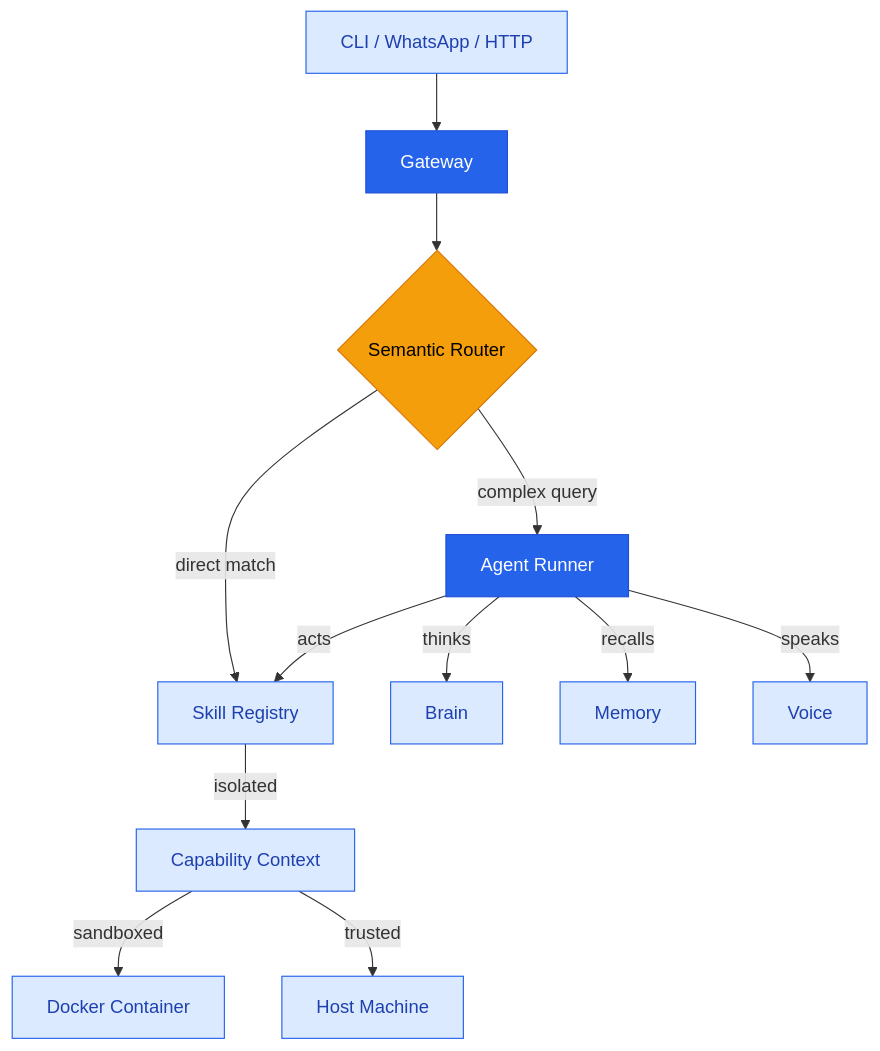
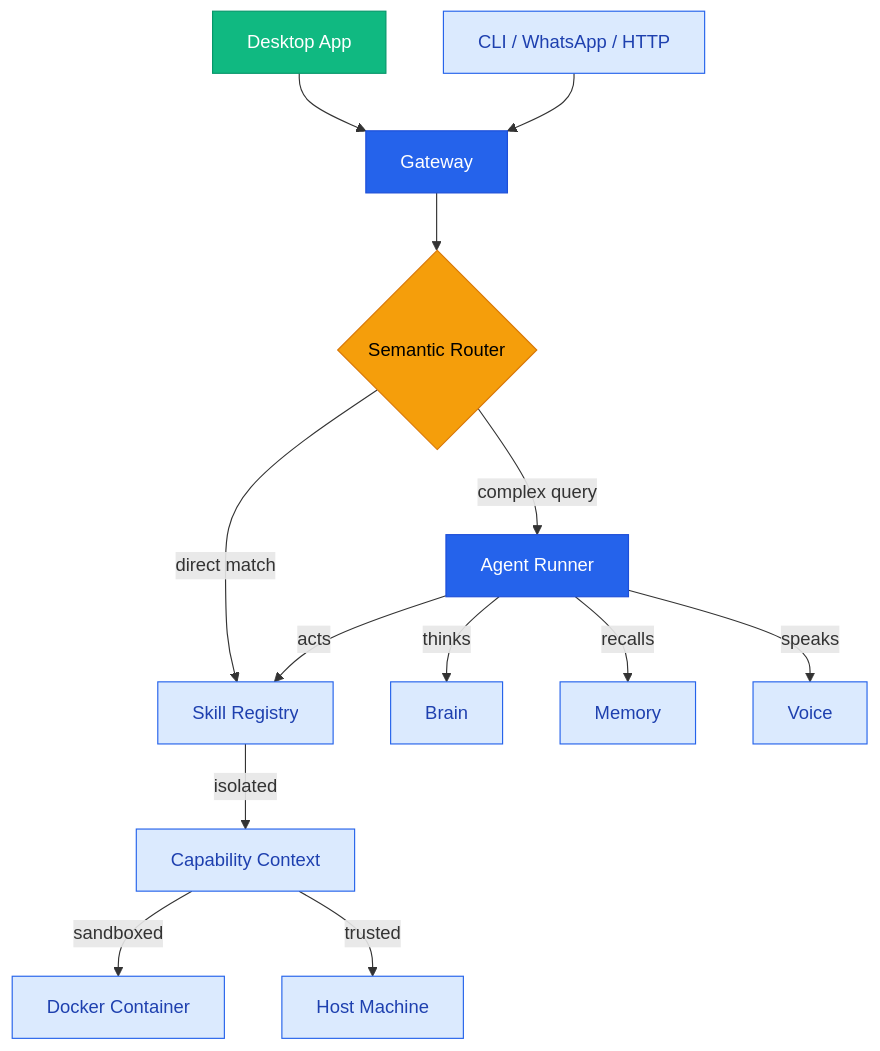
Before and after one commit to romlin/openmoose: the diagram in README.md, drawn with Mermaid. The commit also changed other lines of this file and 84 other files, not shown here.

````diff
--- a/README.md
+++ b/README.md
@@ -233,25 +376,28 @@
 ```mermaid
 graph TD
-    INPUT[CLI / WhatsApp / HTTP] --> GW[Gateway]
+    APP[Desktop App] --> GW
+    CLI[CLI / WhatsApp / HTTP] --> GW[Gateway]
     GW --> ROUTER{Semantic Router}
 
     ROUTER -->|direct match| SKILLS[Skill Registry]
     ROUTER -->|complex query| RUNNER[Agent Runner]
 
     RUNNER -->|thinks| BRAIN[Brain]
     RUNNER -->|recalls| MEM[Memory]
     RUNNER -->|acts| SKILLS
     RUNNER -->|speaks| TTS[Voice]
 
     SKILLS -->|isolated| CAP[Capability Context]
     CAP -->|sandboxed| SBX[Docker Container]
     CAP -->|trusted| HOST[Host Machine]
 
     classDef hub fill:#2563eb,stroke:#1d4ed8,color:#fff
     classDef decision fill:#f59e0b,stroke:#d97706,color:#000
     classDef node fill:#dbeafe,stroke:#2563eb,color:#1e40af
+    classDef app fill:#10b981,stroke:#059669,color:#fff
 
     class GW,RUNNER hub
     class ROUTER decision
-    class INPUT,BRAIN,MEM,SKILLS,TTS,SBX,HOST node
+    class CLI,BRAIN,MEM,SKILLS,TTS,SBX,HOST node
+    class APP app
 ```
````
